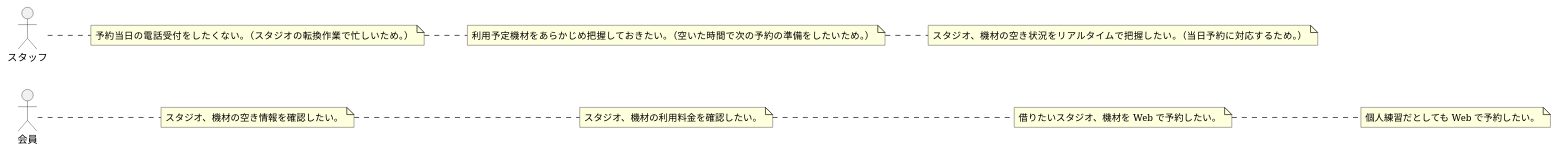
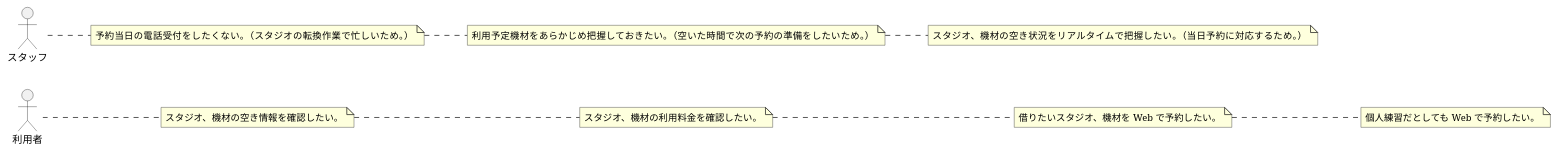
One commit to TakashiOnawa/ddd-practice-studio-reservation changed the diagram in modeling/02_RequirementModel.pu. Above: the diagram before and after it, drawn with PlantUML. The commit also changed 13 other files, not shown here.

```diff
--- a/modeling/02_RequirementModel.pu
+++ b/modeling/02_RequirementModel.pu
@@ -1,21 +1,21 @@
 @startuml RequirementModel
 
 left to right direction
 
-actor 会員
+actor 利用者
 note right : スタジオ、機材の空き情報を確認したい。
-actor 会員
+actor 利用者
 note right : スタジオ、機材の利用料金を確認したい。
-actor 会員
+actor 利用者
 note right : 借りたいスタジオ、機材を Web で予約したい。
-actor 会員
+actor 利用者
 note right : 個人練習だとしても Web で予約したい。
 
 actor スタッフ
 note right : 予約当日の電話受付をしたくない。（スタジオの転換作業で忙しいため。）
 actor スタッフ
 note right : 利用予定機材をあらかじめ把握しておきたい。（空いた時間で次の予約の準備をしたいため。）
 actor スタッフ
 note right : スタジオ、機材の空き状況をリアルタイムで把握したい。（当日予約に対応するため。）
 
 @enduml
```
